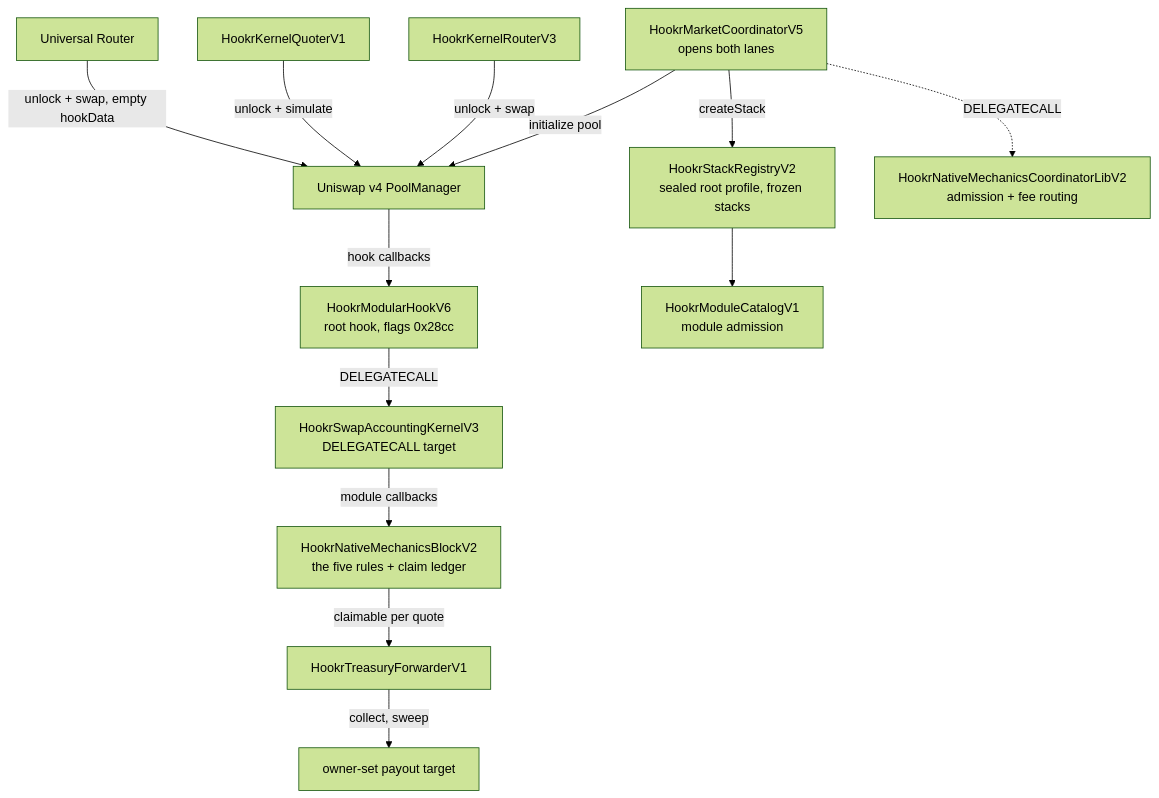
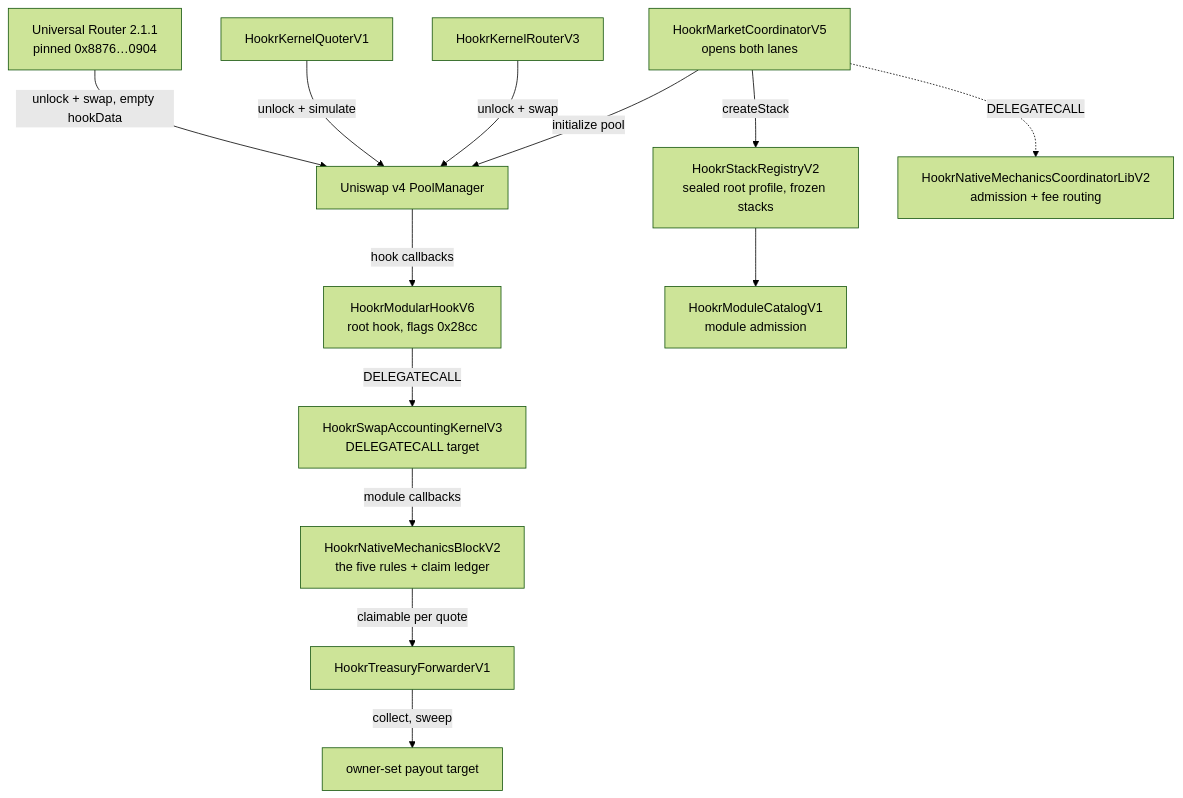
One commit to Hookr-fun/hookr-contracts changed the diagram in docs/concepts/architecture.md. Above: the diagram before and after it, drawn with Mermaid (forest theme). The commit also changed 7 other files, not shown here.

First line of the commit message:
Pin the storage layout and one Universal Router

````diff
--- a/docs/concepts/architecture.md
+++ b/docs/concepts/architecture.md
@@ -35,28 +35,28 @@
 ```mermaid
 graph TD
   PM[Uniswap v4 PoolManager]
   ROOT[HookrModularHookV6<br/>root hook, flags 0x28cc]
   KACC[HookrSwapAccountingKernelV3<br/>DELEGATECALL target]
   BLOCK[HookrNativeMechanicsBlockV2<br/>the five rules + claim ledger]
   REG[HookrStackRegistryV2<br/>sealed root profile, frozen stacks]
   CAT[HookrModuleCatalogV1<br/>module admission]
   COORD[HookrMarketCoordinatorV5<br/>opens both lanes]
   LIB[HookrNativeMechanicsCoordinatorLibV2<br/>admission + fee routing]
   ROUTER[HookrKernelRouterV3]
   QUOTER[HookrKernelQuoterV1]
   FWD[HookrTreasuryForwarderV1]
-  UR[Universal Router]
+  UR[Universal Router 2.1.1<br/>pinned 0x8876…0904]
 
   COORD -->|createStack| REG
   COORD -.->|DELEGATECALL| LIB
   REG --> CAT
   COORD -->|initialize pool| PM
   PM -->|hook callbacks| ROOT
   ROOT -->|DELEGATECALL| KACC
   KACC -->|module callbacks| BLOCK
   ROUTER -->|unlock + swap| PM
   QUOTER -->|unlock + simulate| PM
   UR -->|unlock + swap, empty hookData| PM
   BLOCK -->|claimable per quote| FWD
   FWD -->|collect, sweep| TARGET[owner-set payout target]
 ```
````
